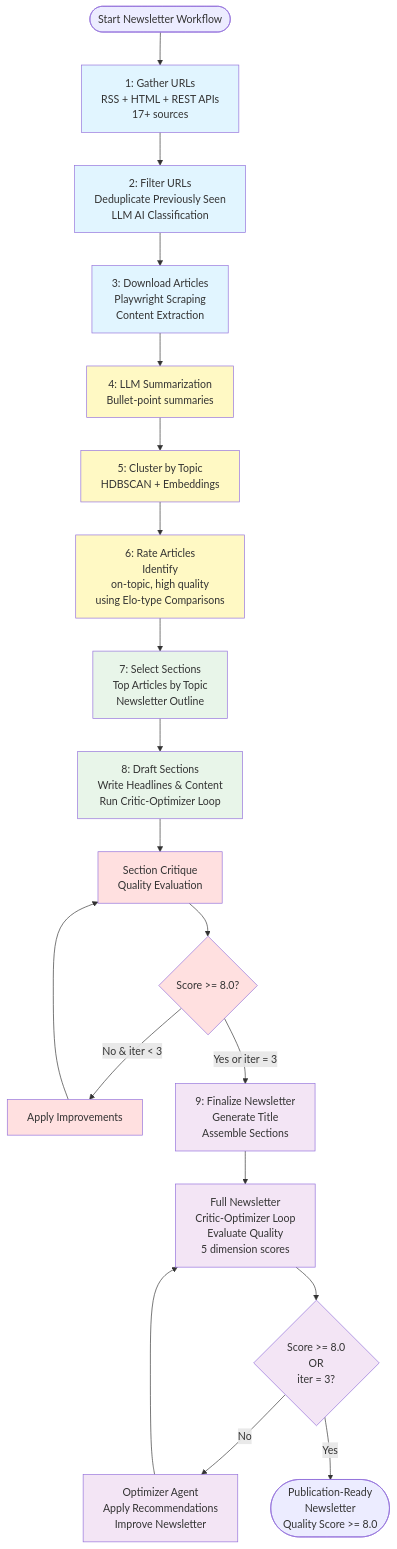
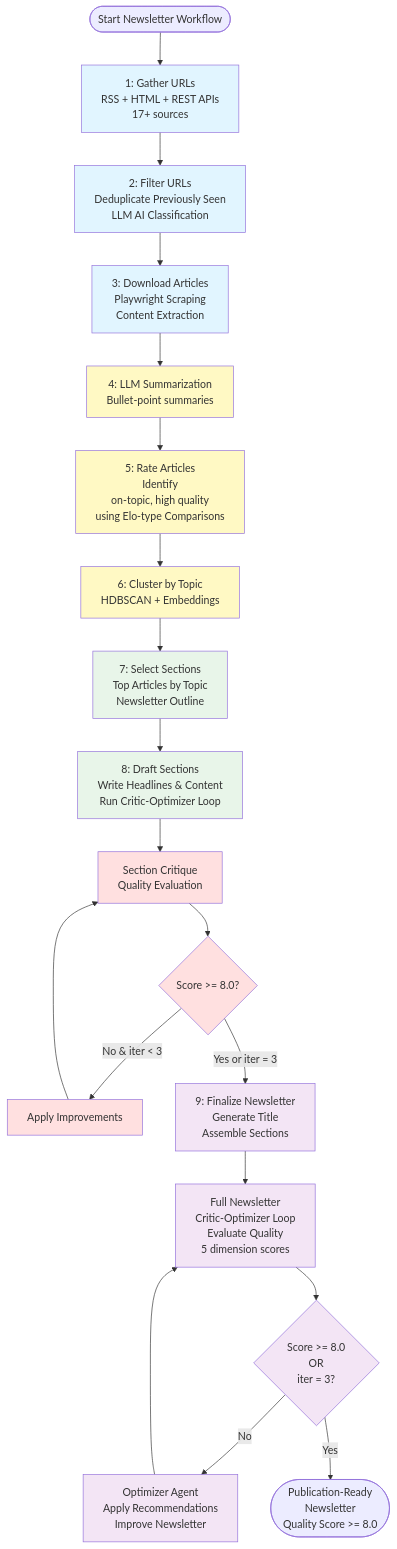
The diagram in README.md (druce/OpenAIAgentsSDK), drawn with Mermaid before and after one commit. The commit also changed other lines of this file, not shown here.

````diff
--- a/README.md
+++ b/README.md
@@ -9,49 +9,49 @@
 ```mermaid
   flowchart TD
       Start([Start Newsletter Workflow]) --> Step1[1: Gather URLs<br/>RSS + HTML + REST APIs<br/>17+ sources]
 
       Step1 --> Step2[2: Filter URLs<br/>Deduplicate Previously Seen<br/>LLM AI Classification<br/>]
 
       Step2 --> Step3[3: Download Articles<br/>Playwright Scraping<br/>Content Extraction]
 
       Step3 --> Step4[4: LLM Summarization<br/>Bullet-point summaries]
 
-      Step4 --> Step5[5: Cluster by Topic<br/>HDBSCAN + Embeddings]
+      Step4 --> Step5[5: Rate Articles<br/>Identify<br/>on-topic, high quality<br/>using Elo-type Comparisons]
 
-      Step5 --> Step6[6: Rate Articles<br/>Identify<br/>on-topic, high quality<br/>using Elo-type Comparisons]
+      Step5 --> Step6[6: Cluster by Topic<br/>HDBSCAN + Embeddings]
 
       Step6 --> Step7[7: Select Sections<br/>Top Articles by Topic<br/>Newsletter Outline]
 
       Step7 --> Step8[8: Draft Sections<br/>Write Headlines & Content<br/>Run Critic-Optimizer Loop]
 
       Step8 --> Critique8[Section Critique<br/>Quality Evaluation]
       Critique8 --> Check8{Score >= 8.0?}
       Check8 -->|No & iter < 3| Improve8[Apply Improvements]
       Improve8 --> Critique8
       Check8 -->|Yes or iter = 3| Step9[9: Finalize Newsletter<br/>Generate Title<br/>Assemble Sections]
 
       Step9 --> Critique9[Full Newsletter<br/>Critic-Optimizer Loop<br/>Evaluate Quality<br/>5 dimension scores]
 
       Critique9 --> Check9{Score >= 8.0<br/>OR<br/>iter = 3?}
 
       Check9 -->|No| Optimizer[Optimizer Agent<br/>Apply Recommendations<br/>Improve Newsletter]
       Optimizer --> Critique9
 
       Check9 -->|Yes| Final([Publication-Ready<br>Newsletter<br/>Quality Score >= 8.0])
 
       style Step1 fill:#e1f5ff
       style Step2 fill:#e1f5ff
       style Step3 fill:#e1f5ff
       style Step4 fill:#fff9c4
       style Step5 fill:#fff9c4
       style Step6 fill:#fff9c4
       style Step7 fill:#e8f5e9
       style Step8 fill:#e8f5e9
       style Critique8 fill:#ffe0e0
       style Check8 fill:#ffe0e0
       style Improve8 fill:#ffe0e0
       style Step9 fill:#f3e5f5
       style Critique9 fill:#f3e5f5
       style Check9 fill:#f3e5f5
       style Optimizer fill:#f3e5f5
   ```
````
